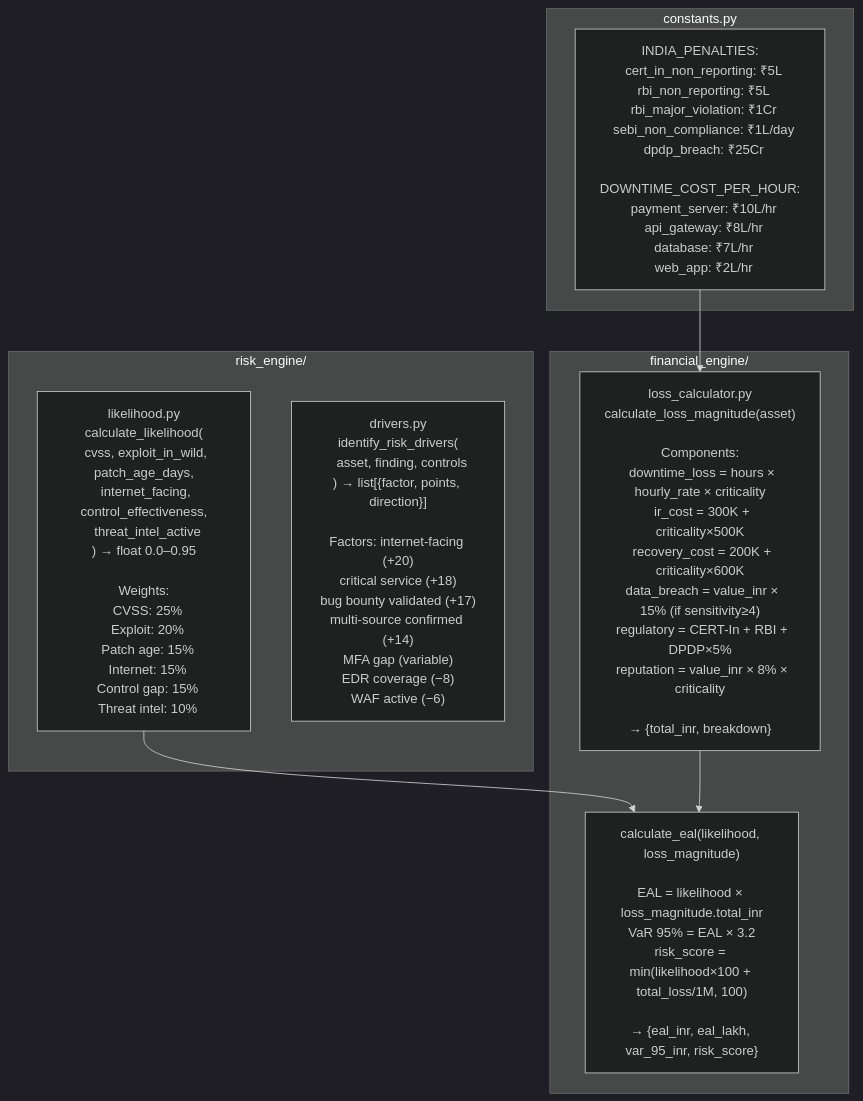
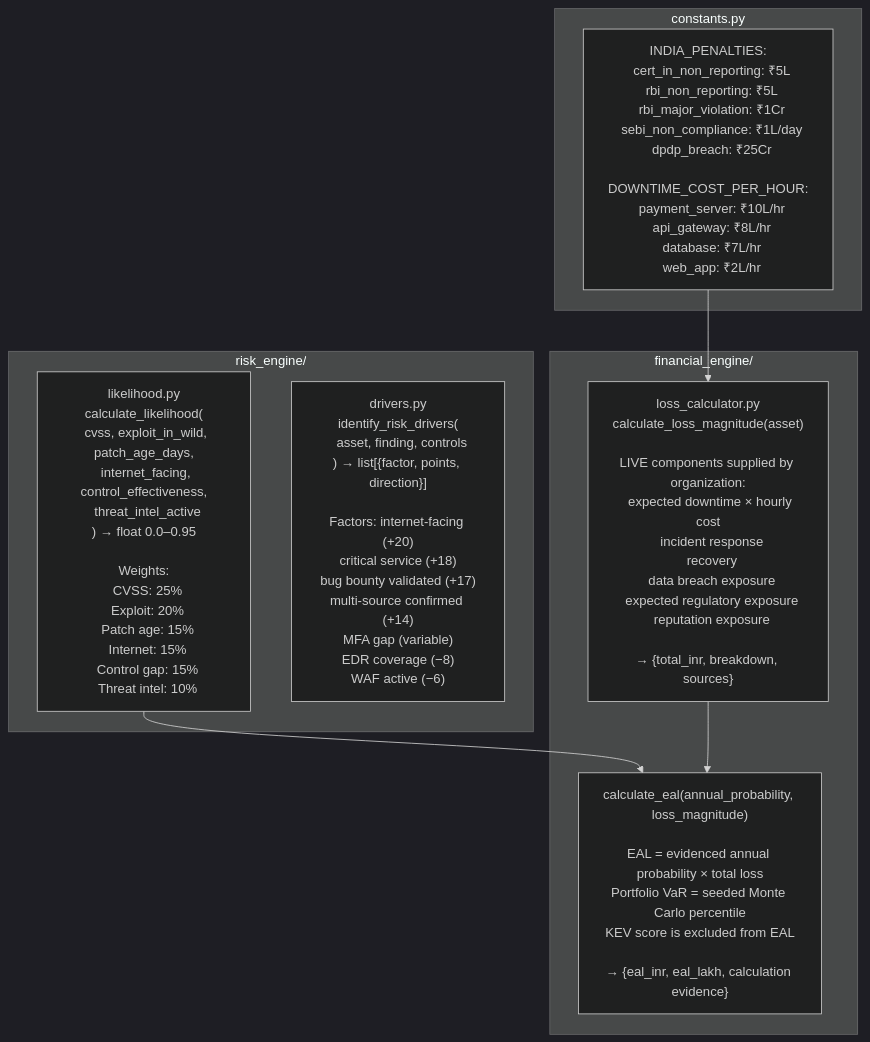
The fifth of 16 diagrams in docs/architecture/system_architecture.md (JashwanthMU/CRISPR), drawn with Mermaid (dark theme) before and after one commit. The commit also changed other lines of this file and 2 other files, not shown here.

Commit message:
docs: align architecture with governed risk pipeline

````diff
--- a/docs/architecture/system_architecture.md
+++ b/docs/architecture/system_architecture.md
@@ -251,22 +251,22 @@
 ```mermaid
 graph TD
     subgraph risk["risk_engine/"]
         LH["likelihood.py\ncalculate_likelihood(\n  cvss, exploit_in_wild, patch_age_days,\n  internet_facing, control_effectiveness,\n  threat_intel_active\n) → float 0.0–0.95\n\nWeights:\n  CVSS: 25%\n  Exploit: 20%\n  Patch age: 15%\n  Internet: 15%\n  Control gap: 15%\n  Threat intel: 10%"]
 
         DRV["drivers.py\nidentify_risk_drivers(\n  asset, finding, controls\n) → list[{factor, points, direction}]\n\nFactors: internet-facing (+20)\ncritical service (+18)\nbug bounty validated (+17)\nmulti-source confirmed (+14)\nMFA gap (variable)\nEDR coverage (−8)\nWAF active (−6)"]
     end
 
     subgraph fin["financial_engine/"]
-        LOSS["loss_calculator.py\ncalculate_loss_magnitude(asset)\n\nComponents:\n  downtime_loss = hours × hourly_rate × criticality\n  ir_cost = 300K + criticality×500K\n  recovery_cost = 200K + criticality×600K\n  data_breach = value_inr × 15% (if sensitivity≥4)\n  regulatory = CERT-In + RBI + DPDP×5%\n  reputation = value_inr × 8% × criticality\n\n→ {total_inr, breakdown}"]
+        LOSS["loss_calculator.py\ncalculate_loss_magnitude(asset)\n\nLIVE components supplied by organization:\n  expected downtime × hourly cost\n  incident response\n  recovery\n  data breach exposure\n  expected regulatory exposure\n  reputation exposure\n\n→ {total_inr, breakdown, sources}"]
 
-        EAL_C["calculate_eal(likelihood, loss_magnitude)\n\nEAL = likelihood × loss_magnitude.total_inr\nVaR 95% = EAL × 3.2\nrisk_score = min(likelihood×100 + total_loss/1M, 100)\n\n→ {eal_inr, eal_lakh, var_95_inr, risk_score}"]
+        EAL_C["calculate_eal(annual_probability, loss_magnitude)\n\nEAL = evidenced annual probability × total loss\nPortfolio VaR = seeded Monte Carlo percentile\nKEV score is excluded from EAL\n\n→ {eal_inr, eal_lakh, calculation evidence}"]
     end
 
     subgraph const["constants.py"]
         CONST["INDIA_PENALTIES:\n  cert_in_non_reporting: ₹5L\n  rbi_non_reporting: ₹5L\n  rbi_major_violation: ₹1Cr\n  sebi_non_compliance: ₹1L/day\n  dpdp_breach: ₹25Cr\n\nDOWNTIME_COST_PER_HOUR:\n  payment_server: ₹10L/hr\n  api_gateway: ₹8L/hr\n  database: ₹7L/hr\n  web_app: ₹2L/hr"]
     end
 
     LH --> EAL_C
     LOSS --> EAL_C
     CONST --> LOSS
 ```
````
